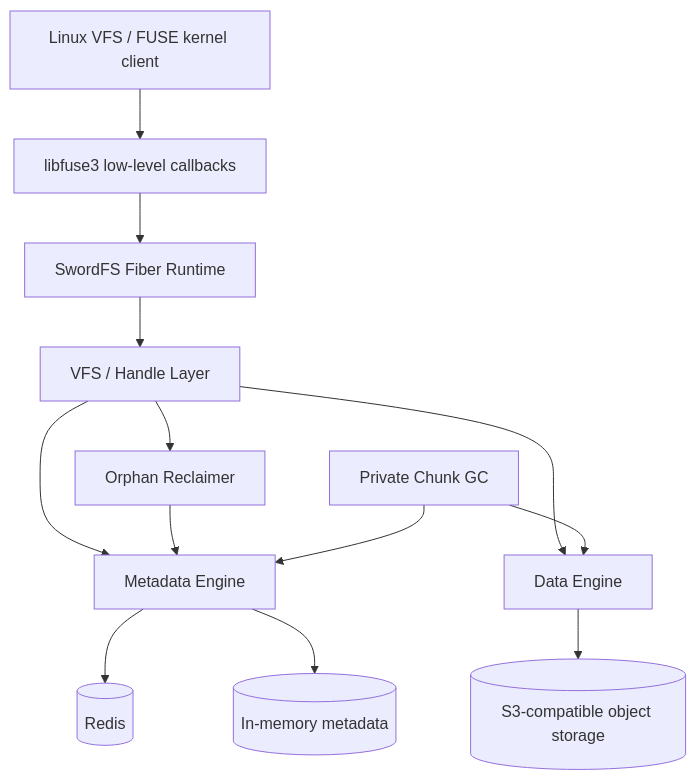
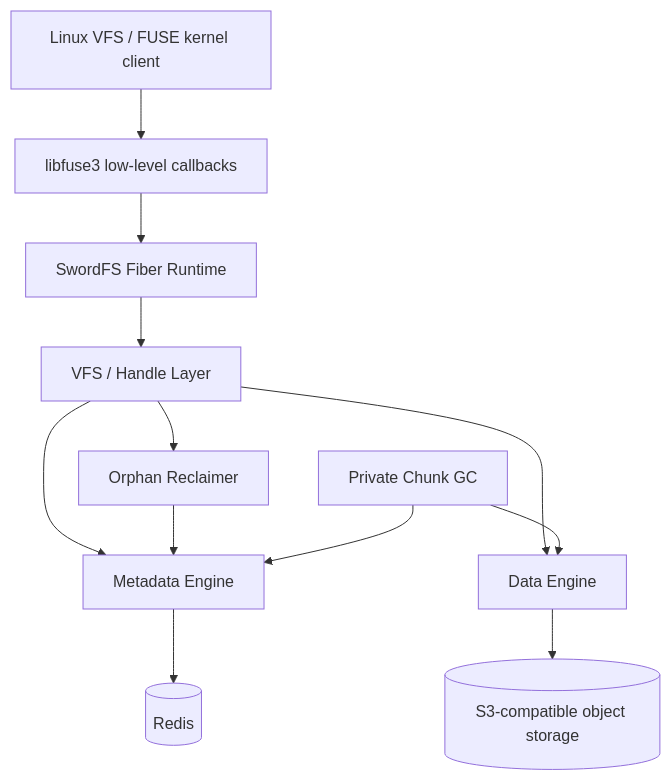
The first of 3 diagrams in docs/design/architecture.md (SwordInfra/SwordFS), drawn with Mermaid before and after one commit. The commit also changed other lines of this file and 46 other files, not shown here.

Commit message:
refactor(metadata): retire Memory backend for Redis-only cutover (#443)

````diff
--- a/docs/design/architecture.md
+++ b/docs/design/architecture.md
@@ -36,27 +36,25 @@
 ```mermaid
 flowchart TB
     K[Linux VFS / FUSE kernel client]
     F[libfuse3 low-level callbacks]
     R[SwordFS Fiber Runtime]
     V[VFS / Handle Layer]
     M[Metadata Engine]
     D[Data Engine]
     OR[Orphan Reclaimer]
     GC[Private Chunk GC]
     REDIS[(Redis)]
-    MEM[(In-memory metadata)]
     S3[(S3-compatible object storage)]
 
     K --> F
     F --> R
     R --> V
     V --> M
     V --> D
     V --> OR
     OR --> M
     GC --> M
     GC --> D
     M --> REDIS
-    M --> MEM
     D --> S3
 ```
````
